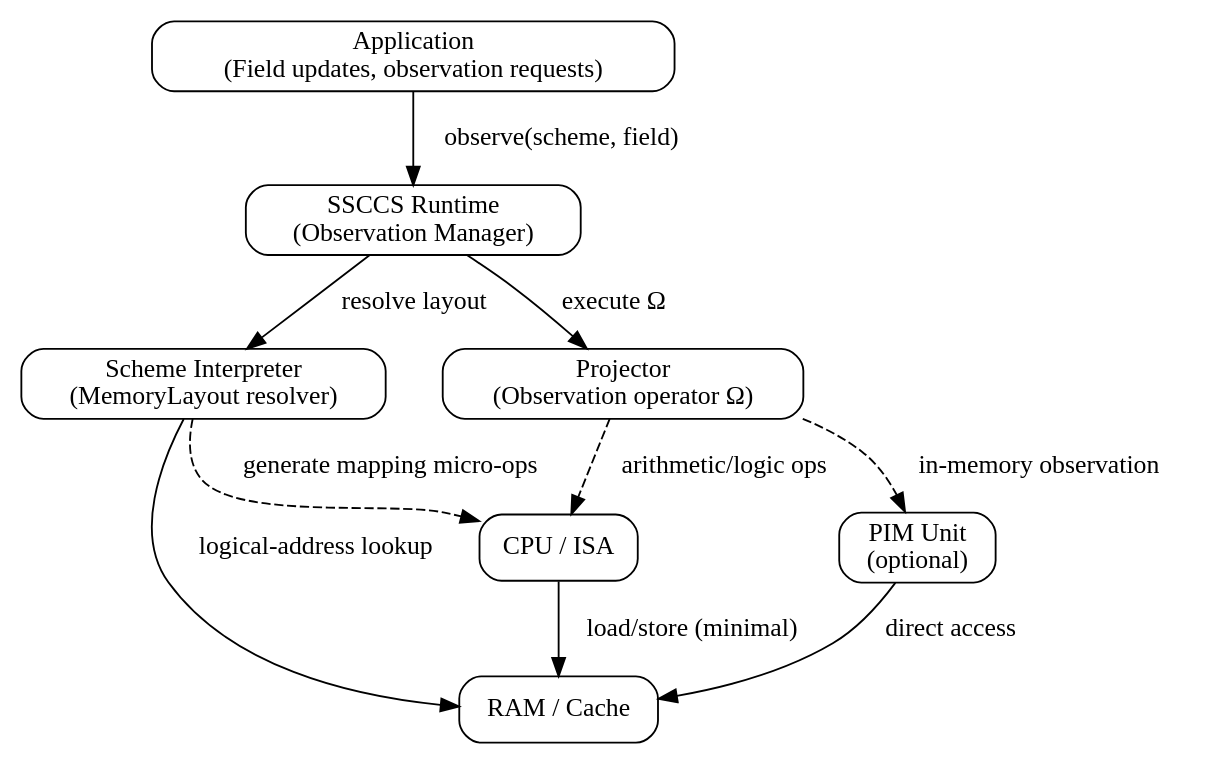
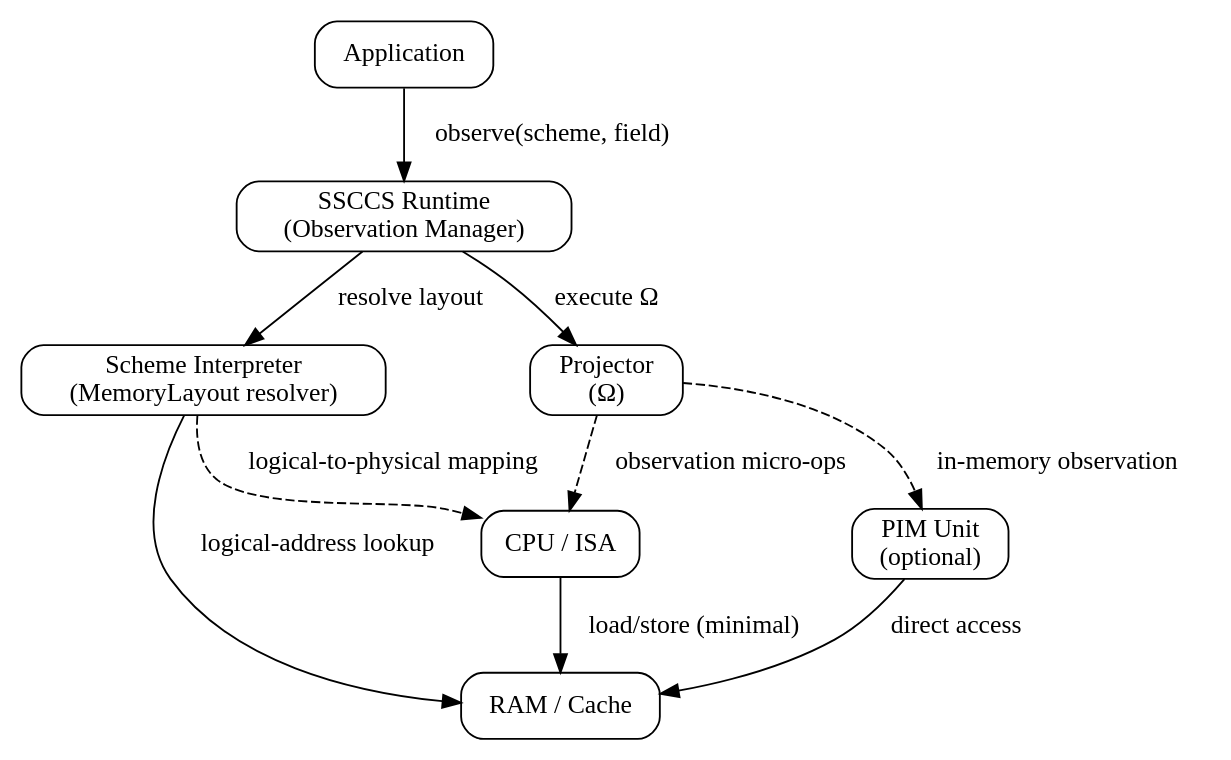
Before and after one commit to ssccsorg/ssccs: the sixth of 7 diagrams in docs/Whitepaper.qmd, drawn with Graphviz. The commit also changed other lines of this file and 2 other files, not shown here.

````diff
--- a/docs/Whitepaper.qmd
+++ b/docs/Whitepaper.qmd
@@ -520,32 +766,24 @@
 ```{dot}
 //| label: fig-system-stack
-//| fig-cap: "SSCCS system stack: from CPU ISA to observation"
+//| fig-cap: "SSCCS system stack"
 digraph SystemStack {
     rankdir=TB;
     node [shape=rect, style=rounded];
-
-    // Hardware layers
     CPU [label="CPU / ISA"];
     RAM [label="RAM / Cache"];
     PIM [label="PIM Unit\n(optional)"];
-
-    // SSCCS runtime layers
     Runtime [label="SSCCS Runtime\n(Observation Manager)"];
     SchemeInterpreter [label="Scheme Interpreter\n(MemoryLayout resolver)"];
-    Projector [label="Projector\n(Observation operator Ω)"];
-
-    // Application layer
-    App [label="Application\n(Field updates, observation requests)"];
-
-    // Edges
+    Projector [label="Projector\n(Ω)"];
+    App [label="Application"];
     App -> Runtime [label="observe(scheme, field)"];
     Runtime -> SchemeInterpreter [label="resolve layout"];
-    SchemeInterpreter -> CPU [label="generate mapping micro‑ops", style=dashed];
+    SchemeInterpreter -> CPU [label="logical‑to‑physical mapping", style=dashed];
     SchemeInterpreter -> RAM [label="logical‑address lookup"];
     Runtime -> Projector [label="execute Ω"];
-    Projector -> CPU [label="arithmetic/logic ops", style=dashed];
+    Projector -> CPU [label="observation micro‑ops", style=dashed];
     Projector -> PIM [label="in‑memory observation", style=dashed];
     CPU -> RAM [label="load/store (minimal)"];
     PIM -> RAM [label="direct access"];
 }
 ```
````
